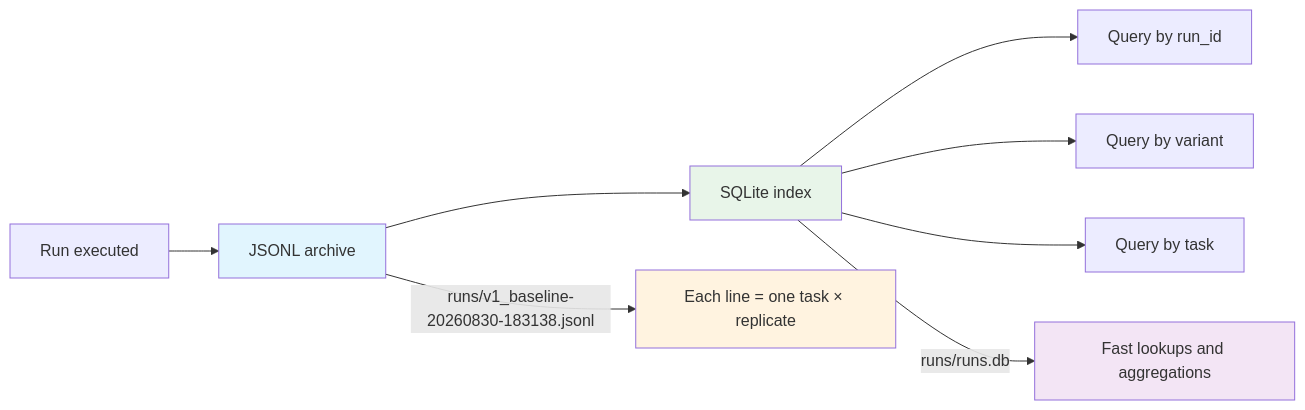
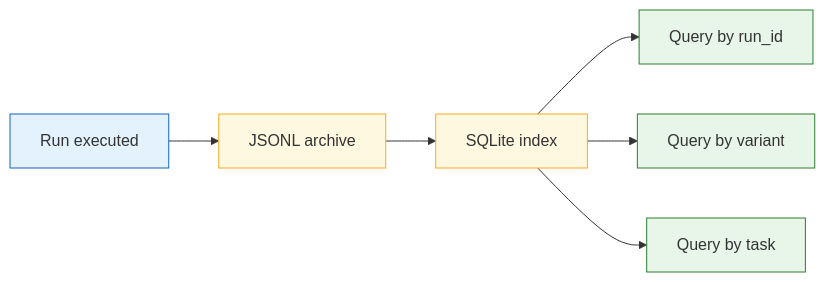
Diagram 11 of 11 in README.md (Mehul-bisht-0/Driftbench--AI-regression-testing-harness), drawn with Mermaid before and after one commit. The commit also changed other lines of this file, not shown here.

````diff
--- a/README.md
+++ b/README.md
@@ -598,16 +642,15 @@
 ```mermaid
 flowchart LR
     A["Run executed"] --> B["JSONL archive"]
     B --> C["SQLite index"]
     C --> D["Query by run_id"]
     C --> E["Query by variant"]
     C --> F["Query by task"]
 
-    B -->|"runs/v1_baseline-20260830-183138.jsonl"| G["Each line = one task × replicate"]
-    C -->|"runs/runs.db"| H["Fast lookups and aggregations"]
-
-    style B fill:#e1f5fe
-    style C fill:#e8f5e9
-    style G fill:#fff3e0
-    style H fill:#f3e5f5
+    style A fill:#e3f2fd,stroke:#1565c0
+    style B fill:#fff8e1,stroke:#f9a825
+    style C fill:#fff8e1,stroke:#f9a825
+    style D fill:#e8f5e9,stroke:#2e7d32
+    style E fill:#e8f5e9,stroke:#2e7d32
+    style F fill:#e8f5e9,stroke:#2e7d32
 ```
````
